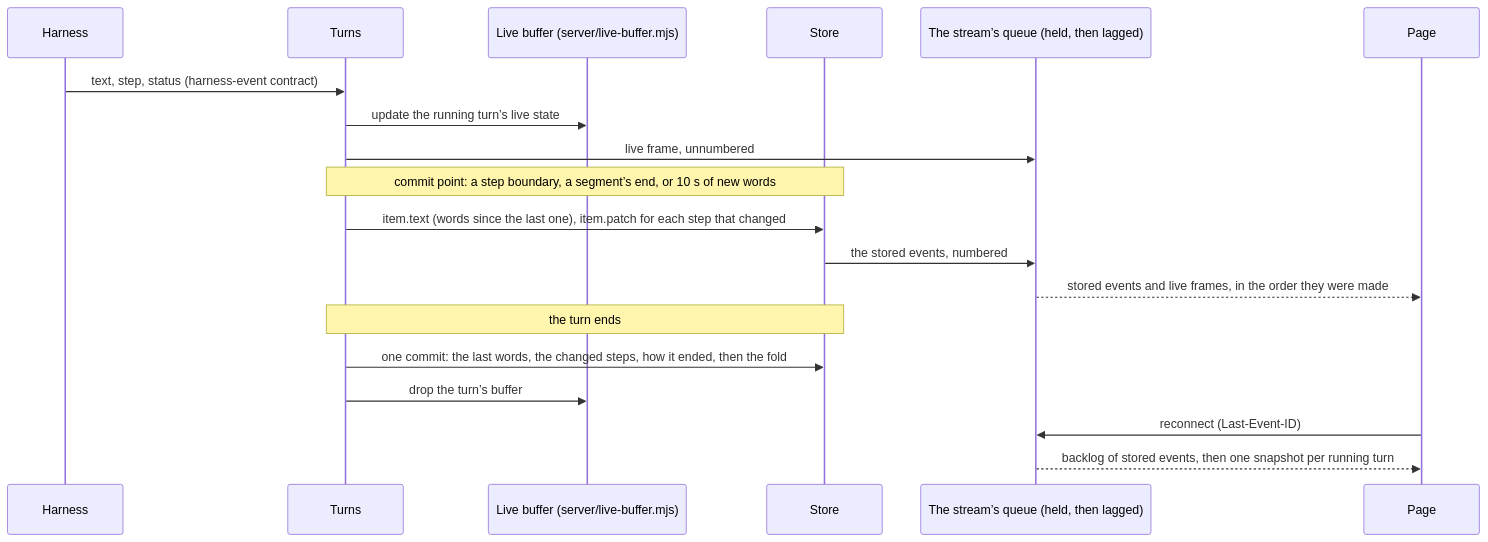
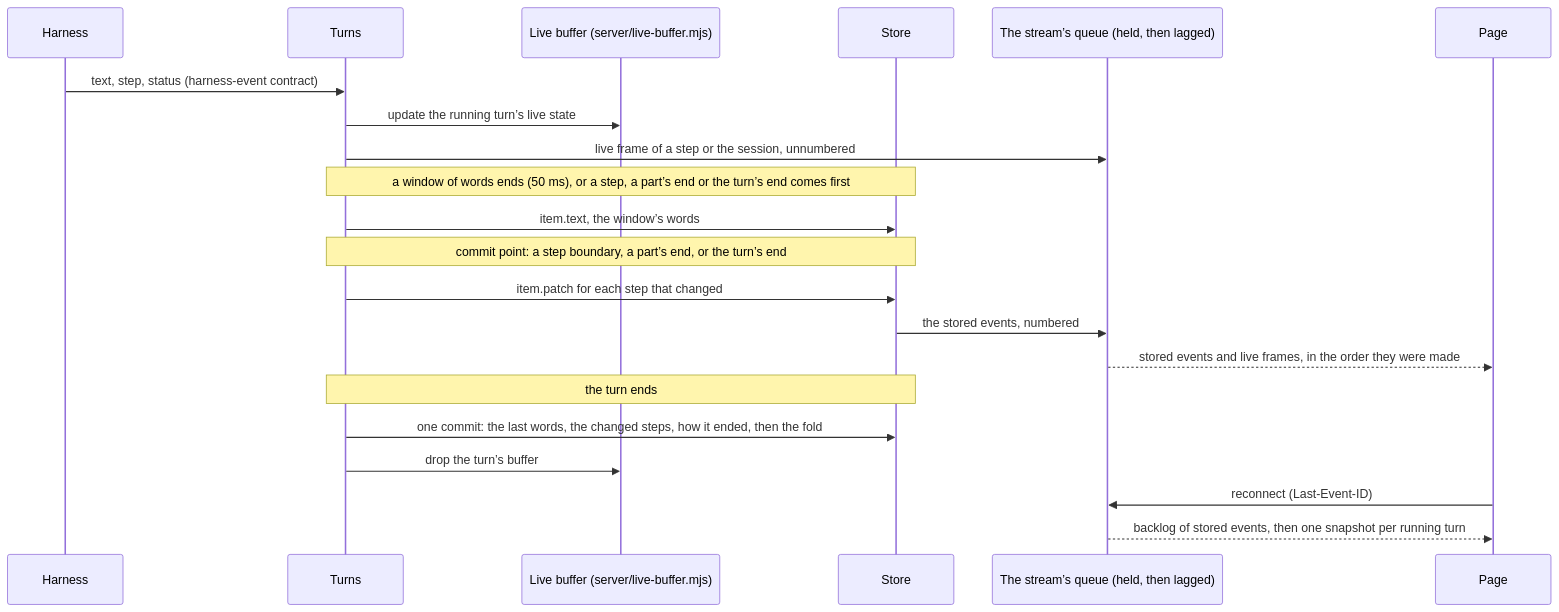
One commit to HJeon139/postbox changed the diagram in designs/architecture/live-progress.md. Above: the diagram before and after it, drawn with Mermaid. The commit also changed other lines of this file, not shown here.

First line of the commit message:
docs(live): describe the words as stored in windows throughout, not at 10 s or 64 KB commit points

````diff
--- a/designs/architecture/live-progress.md
+++ b/designs/architecture/live-progress.md
@@ -32,21 +32,23 @@
 ```mermaid
 sequenceDiagram
   participant H as Harness
   participant T as Turns
   participant B as Live buffer (server/live-buffer.mjs)
   participant S as Store
   participant Q as The stream’s queue (held, then lagged)
   participant P as Page
   H->>T: text, step, status (harness-event contract)
   T->>B: update the running turn’s live state
-  T->>Q: live frame, unnumbered
-  Note over T,S: commit point: a step boundary, a segment’s end, or 10 s of new words
-  T->>S: item.text (words since the last one), item.patch for each step that changed
+  T->>Q: live frame of a step or the session, unnumbered
+  Note over T,S: a window of words ends (50 ms), or a step, a part’s end or the turn’s end comes first
+  T->>S: item.text, the window’s words
+  Note over T,S: commit point: a step boundary, a part’s end, or the turn’s end
+  T->>S: item.patch for each step that changed
   S->>Q: the stored events, numbered
   Q-->>P: stored events and live frames, in the order they were made
   Note over T,S: the turn ends
   T->>S: one commit: the last words, the changed steps, how it ended, then the fold
   T->>B: drop the turn’s buffer
   P->>Q: reconnect (Last-Event-ID)
   Q-->>P: backlog of stored events, then one snapshot per running turn
 ```
````
